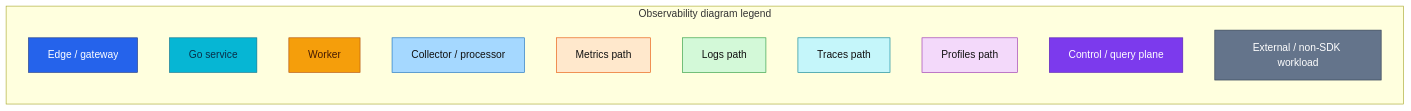
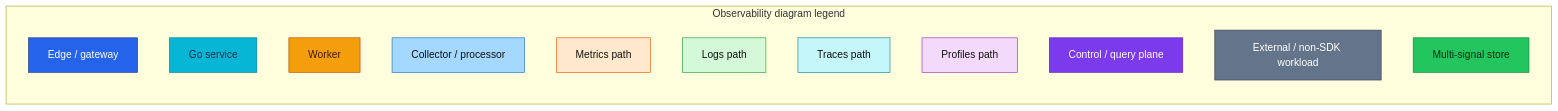
The second of 5 diagrams in docs/observability/README.md (duynhlab/homelab), drawn with Mermaid before and after one commit. The commit also changed other lines of this file and 14 other files, not shown here.

````diff
--- a/docs/observability/README.md
+++ b/docs/observability/README.md
@@ -104,26 +109,28 @@
 ```mermaid
 graph LR
     subgraph Legend["Observability diagram legend"]
         Edge["Edge / gateway"]:::edge
         Service["Go service"]:::service
         Worker["Worker"]:::worker
         Collector["Collector / processor"]:::collector
         Metric["Metrics path"]:::metric
         Log["Logs path"]:::log
         Trace["Traces path"]:::trace
         Profile["Profiles path"]:::profile
         Platform["Control / query plane"]:::platform
         External["External / non-SDK workload"]:::external
+        Data["Multi-signal store"]:::data
     end
 
     classDef edge fill:#2563eb,color:#fff,stroke:#1e3a8a;
     classDef service fill:#06b6d4,color:#082f49,stroke:#0e7490;
     classDef worker fill:#f59e0b,color:#451a03,stroke:#b45309;
     classDef platform fill:#7c3aed,color:#fff,stroke:#5b21b6;
     classDef external fill:#64748b,color:#fff,stroke:#334155;
     classDef metric fill:#ffe8cc,color:#111,stroke:#e8590c;
     classDef log fill:#d3f9d8,color:#111,stroke:#2f9e44;
     classDef trace fill:#c5f6fa,color:#111,stroke:#0c8599;
     classDef profile fill:#f3d9fa,color:#111,stroke:#9c36b5;
     classDef collector fill:#a5d8ff,color:#111,stroke:#1971c2;
+    classDef data fill:#22c55e,color:#052e16,stroke:#15803d;
 ```
````
